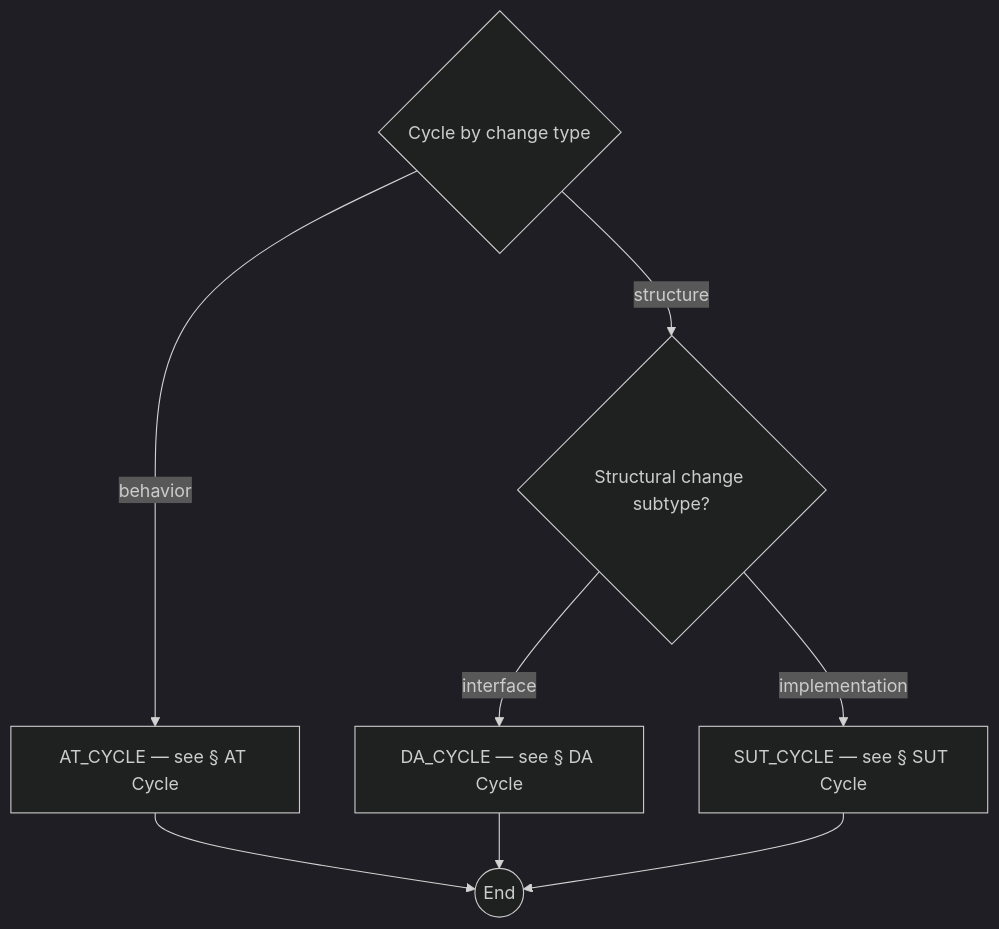
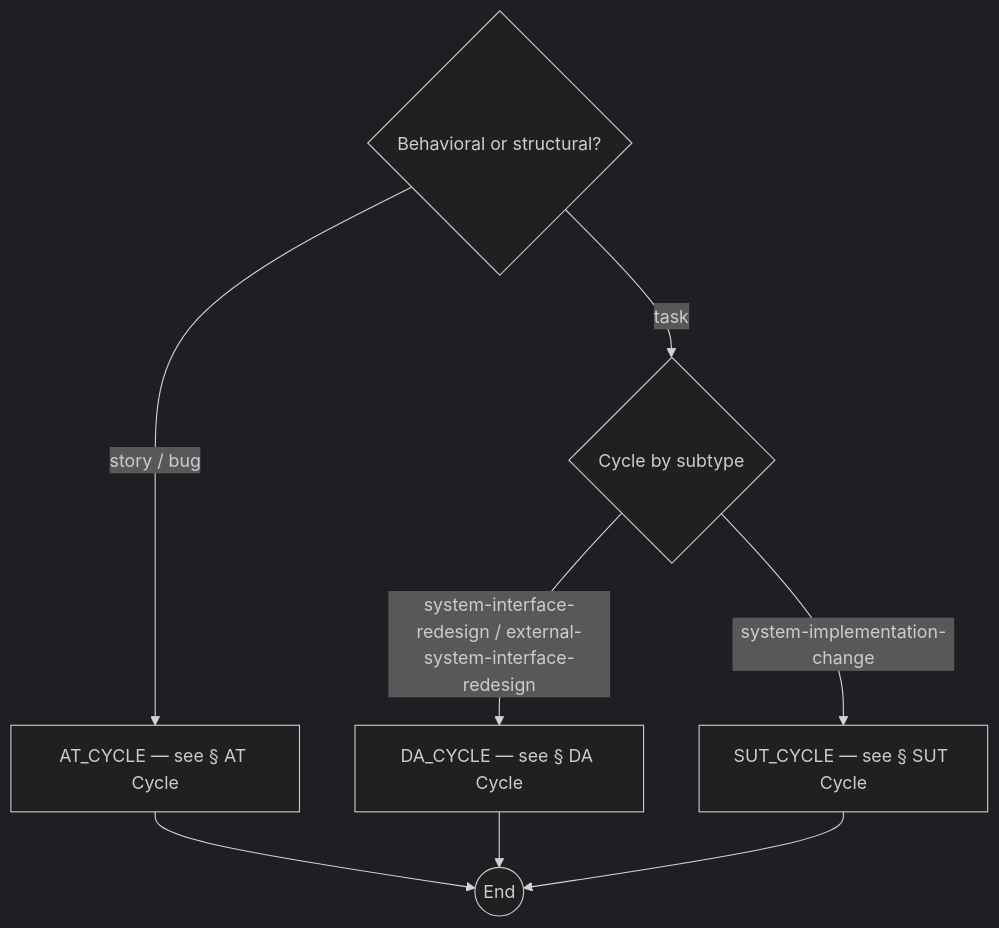
Before and after one commit to optivem/gh-optivem: the fourth of 12 diagrams in docs/process-diagram.md, drawn with Mermaid (dark theme). The commit also changed other lines of this file and 27 other files, not shown here.

````diff
--- a/docs/process-diagram.md
+++ b/docs/process-diagram.md
@@ -87,17 +78,17 @@
 ```mermaid
 flowchart TD
     AT_CYCLE[AT_CYCLE — see § AT Cycle]
     CYCLE_END((End))
     DA_CYCLE[DA_CYCLE — see § DA Cycle]
-    GATE_CHANGE_SUBTYPE{Structural change subtype?}
-    GATE_CHANGE_TYPE{Cycle by change type}
+    GATE_SUBTYPE{Cycle by subtype}
+    GATE_TICKET_TYPE{Behavioral or structural?}
     SUT_CYCLE[SUT_CYCLE — see § SUT Cycle]
 
-    GATE_CHANGE_TYPE -- behavior --> AT_CYCLE
-    GATE_CHANGE_TYPE -- structure --> GATE_CHANGE_SUBTYPE
-    GATE_CHANGE_SUBTYPE -- interface --> DA_CYCLE
-    GATE_CHANGE_SUBTYPE -- implementation --> SUT_CYCLE
+    GATE_TICKET_TYPE -- story / bug --> AT_CYCLE
+    GATE_TICKET_TYPE -- task --> GATE_SUBTYPE
+    GATE_SUBTYPE -- system-interface-redesign / external-system-interface-redesign --> DA_CYCLE
+    GATE_SUBTYPE -- system-implementation-change --> SUT_CYCLE
     AT_CYCLE --> CYCLE_END
     DA_CYCLE --> CYCLE_END
     SUT_CYCLE --> CYCLE_END
 ```
````
